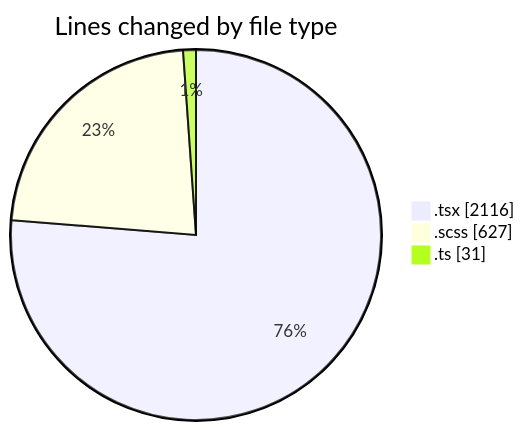
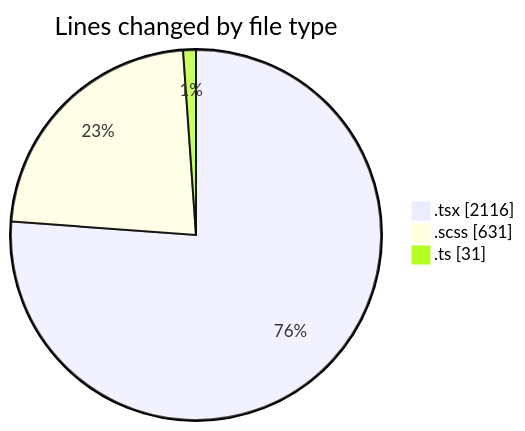
The first of 2 diagrams in 2025-04-07/cda/README.md (momahboobian/code-tracking), drawn with Mermaid before and after one commit. The commit also changed other lines of this file and 1 other file, not shown here.

````diff
--- a/2025-04-07/cda/README.md
+++ b/2025-04-07/cda/README.md
@@ -30,7 +30,7 @@
 ```mermaid
 pie showData
 title Lines changed by file type
 ".tsx" : 2116
-".scss" : 627
+".scss" : 631
 ".ts" : 31
 ```
````
